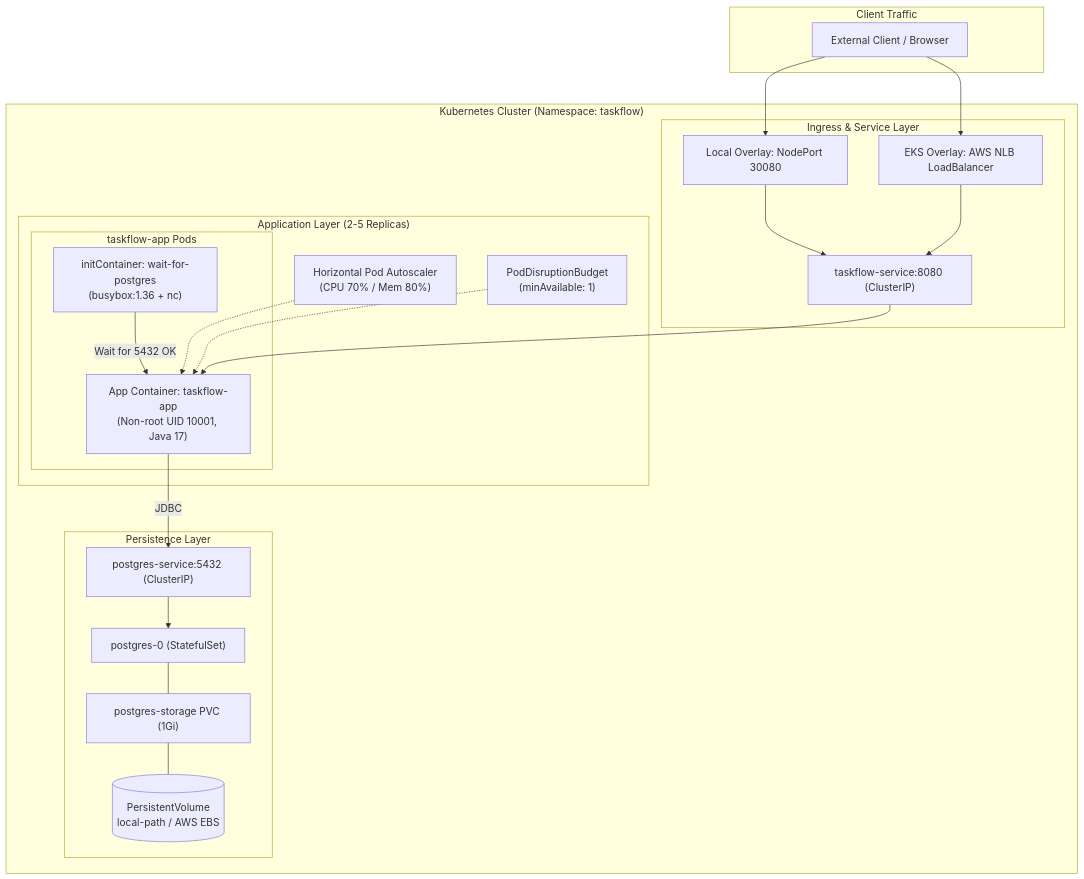
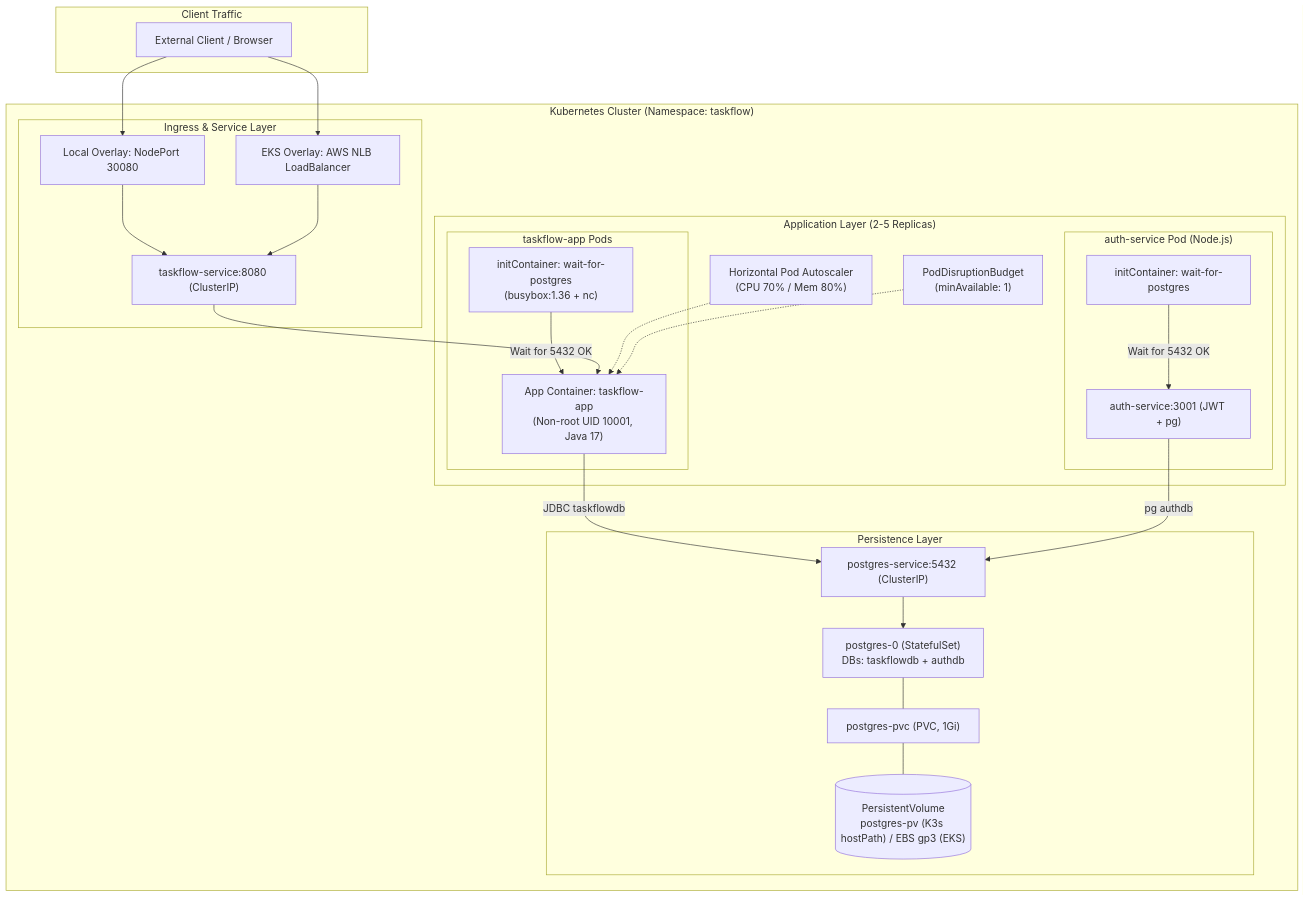
Before and after one commit to sidharthhhh/taskflow-devops: the diagram in k8s/README.md, drawn with Mermaid. The commit also changed other lines of this file and 108 other files, not shown here.

````diff
--- a/k8s/README.md
+++ b/k8s/README.md
@@ -11,44 +11,50 @@
 ```mermaid
 flowchart TD
     subgraph ClientTraffic ["Client Traffic"]
         User["External Client / Browser"]
     end
 
     subgraph Cluster ["Kubernetes Cluster (Namespace: taskflow)"]
         subgraph IngressLayer ["Ingress &amp; Service Layer"]
             LocalSvc["Local Overlay: NodePort 30080"]
             EKSSvc["EKS Overlay: AWS NLB LoadBalancer"]
             AppService["taskflow-service:8080 (ClusterIP)"]
         end
 
         subgraph ApplicationLayer ["Application Layer (2-5 Replicas)"]
             HPA["Horizontal Pod Autoscaler<br/>(CPU 70% / Mem 80%)"]
             PDB["PodDisruptionBudget<br/>(minAvailable: 1)"]
             
+            subgraph AuthPod ["auth-service Pod (Node.js)"]
+                AuthInitC["initContainer: wait-for-postgres"]
+                AuthC["auth-service:3001 (JWT + pg)"]
+                AuthInitC -->|Wait for 5432 OK| AuthC
+            end
             subgraph PodGroup ["taskflow-app Pods"]
                 InitC["initContainer: wait-for-postgres<br/>(busybox:1.36 + nc)"]
                 AppC["App Container: taskflow-app<br/>(Non-root UID 10001, Java 17)"]
                 InitC -->|Wait for 5432 OK| AppC
             end
         end
 
         subgraph PersistenceLayer ["Persistence Layer"]
             DBService["postgres-service:5432 (ClusterIP)"]
-            PostgresSS["postgres-0 (StatefulSet)"]
-            PVC["postgres-storage PVC (1Gi)"]
-            PV[("PersistentVolume<br/>local-path / AWS EBS")]
+            PostgresSS["postgres-0 (StatefulSet)<br/>DBs: taskflowdb + authdb"]
+            PVC["postgres-pvc (PVC, 1Gi)"]
+            PV[("PersistentVolume<br/>postgres-pv (K3s hostPath) / EBS gp3 (EKS)")]
         end
     end
 
     User --> LocalSvc
     User --> EKSSvc
     LocalSvc --> AppService
     EKSSvc --> AppService
     AppService --> AppC
     HPA -.-> AppC
     PDB -.-> AppC
-    AppC -->|JDBC| DBService
+    AppC -->|JDBC taskflowdb| DBService
+    AuthC -->|pg authdb| DBService
     DBService --> PostgresSS
     PostgresSS --- PVC
     PVC --- PV
 ```
````
